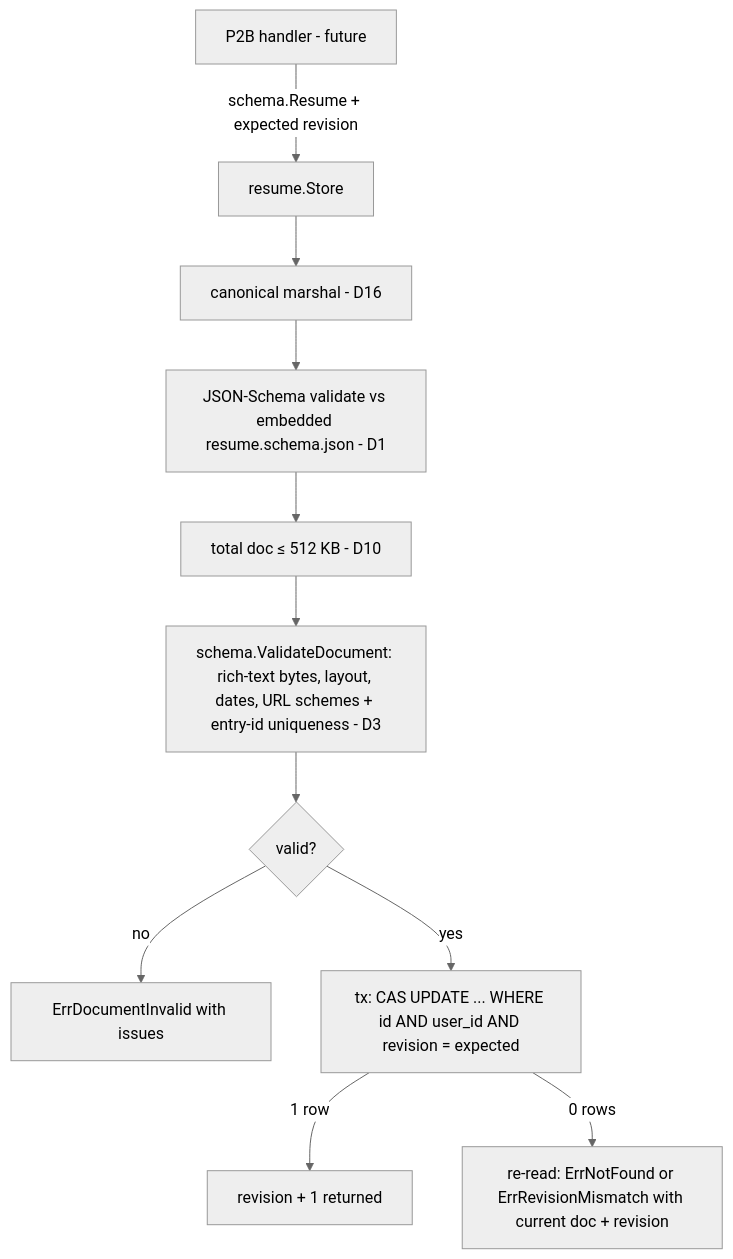
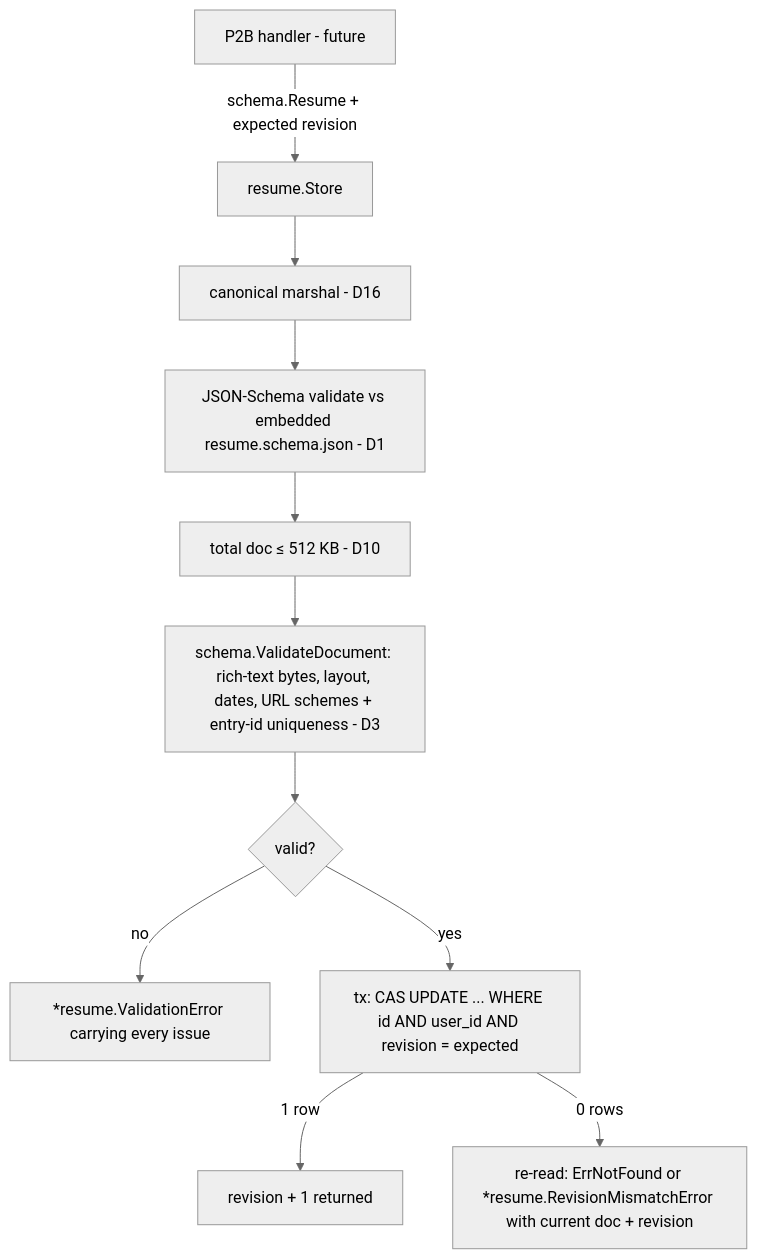
Before and after one commit to dannyota/aboutme: the first of 2 diagrams in docs/plans/phase-2a/write-path.md, drawn with Mermaid (neutral theme). The commit also changed 23 other files, not shown here.

````diff
--- a/docs/plans/phase-2a/write-path.md
+++ b/docs/plans/phase-2a/write-path.md
@@ -3,13 +3,13 @@
 ```mermaid
 flowchart TD
     A[P2B handler - future] -->|schema.Resume + expected revision| B[resume.Store]
     B --> C[canonical marshal - D16]
     C --> D[JSON-Schema validate vs embedded resume.schema.json - D1]
     D --> E[total doc &le; 512 KB - D10]
     E --> F[schema.ValidateDocument: rich-text bytes, layout, dates, URL schemes + entry-id uniqueness - D3]
     F --> G{valid?}
-    G -->|no| H[ErrDocumentInvalid with issues]
+    G -->|no| H["*resume.ValidationError carrying every issue"]
     G -->|yes| I[tx: CAS UPDATE ... WHERE id AND user_id AND revision = expected]
     I -->|1 row| J[revision + 1 returned]
-    I -->|0 rows| K[re-read: ErrNotFound or ErrRevisionMismatch with current doc + revision]
+    I -->|0 rows| K["re-read: ErrNotFound or *resume.RevisionMismatchError with current doc + revision"]
 ```
````
